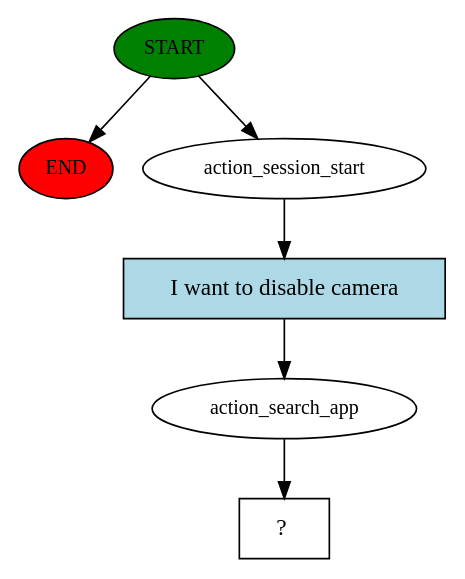
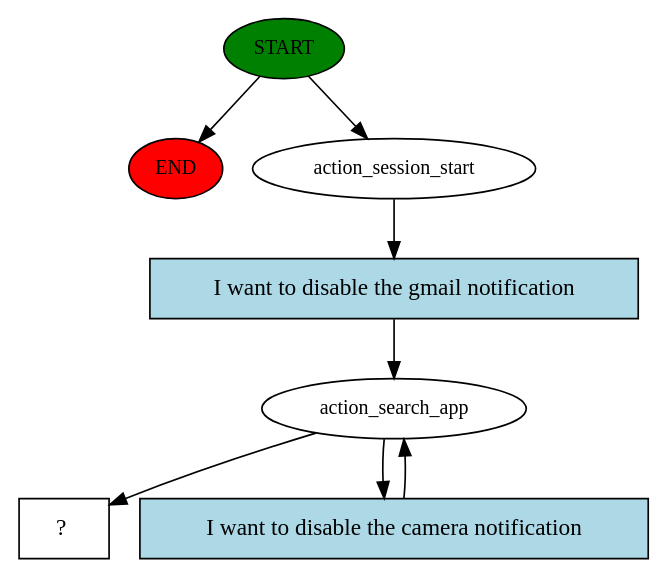
Before and after one commit to gessi-chatbots/TFG_chatbot_rasa: the diagram in story_graph.dot, drawn with Graphviz. The commit also changed 14 other files, not shown here.

```diff
--- a/story_graph.dot
+++ b/story_graph.dot
@@ -1,13 +1,16 @@
 digraph  {
 0 [class="start active", fillcolor=green, fontsize=12, label=START, style=filled];
 "-1" [class=end, fillcolor=red, fontsize=12, label=END, style=filled];
 1 [class=active, fontsize=12, label=action_session_start];
 2 [class=active, fontsize=12, label=action_search_app];
-3 [class="intent dashed active", label="  ?  ", shape=rect];
-4 [class="intent active", fillcolor=lightblue, label="I want to disable camera", shape=rect, style=filled];
+5 [class="intent dashed active", label="  ?  ", shape=rect];
+6 [class="intent active", fillcolor=lightblue, label="I want to disable the gmail notification", shape=rect, style=filled];
+7 [class="intent active", fillcolor=lightblue, label="I want to disable the camera notification", shape=rect, style=filled];
 0 -> "-1"  [class="", key=NONE, label=""];
 0 -> 1  [class=active, key=NONE, label=""];
-1 -> 4  [class=active, key=0];
-2 -> 3  [class=active, key=NONE, label=""];
-4 -> 2  [class=active, key=0];
+1 -> 6  [class=active, key=0];
+2 -> 5  [class=active, key=NONE, label=""];
+2 -> 7  [class=active, key=0];
+6 -> 2  [class=active, key=0];
+7 -> 2  [class=active, key=0];
 }
```
